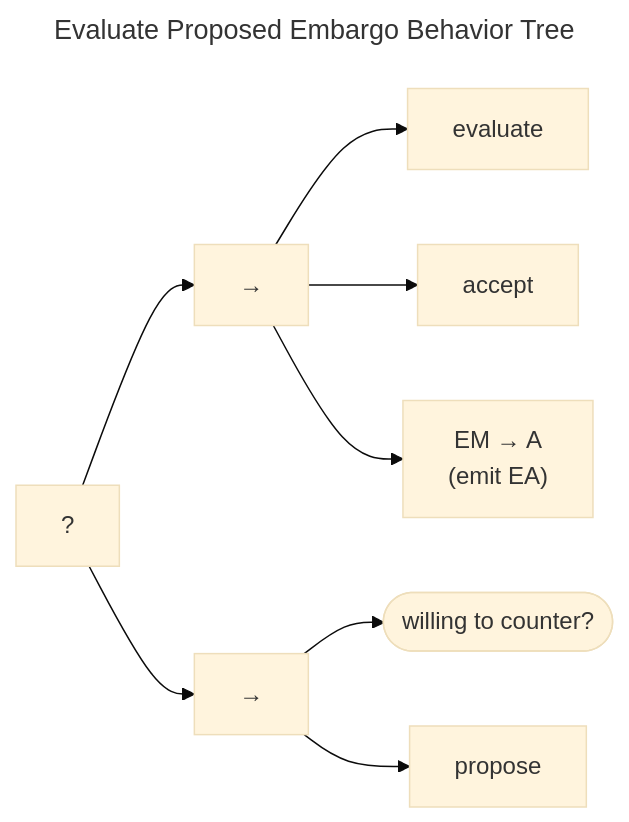
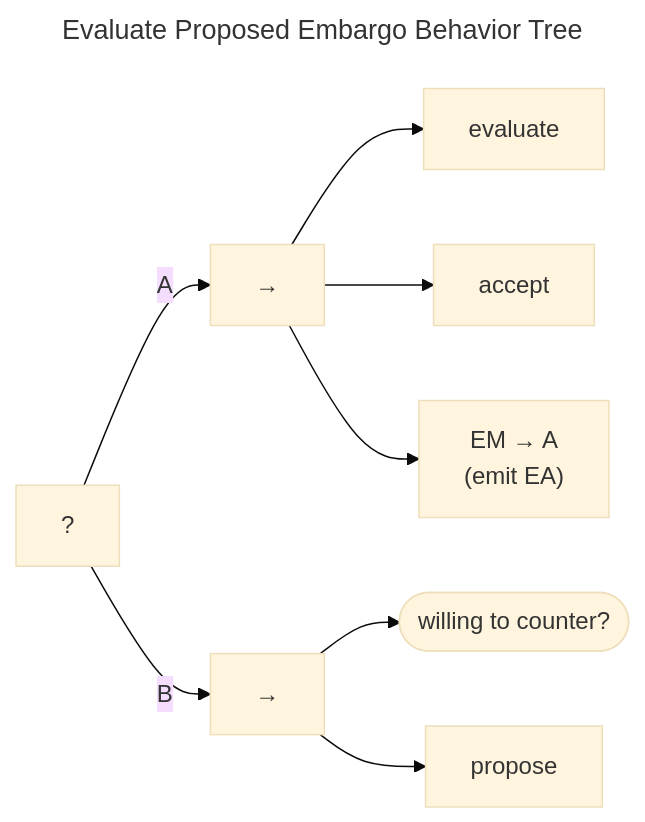
One commit to CERTCC/Vultron changed the diagram in docs/topics/behavior_logic/em_eval_bt.md. Above: the diagram before and after it, drawn with Mermaid (base theme). The commit also changed other lines of this file and 21 other files, not shown here.

````diff
--- a/docs/topics/behavior_logic/em_eval_bt.md
+++ b/docs/topics/behavior_logic/em_eval_bt.md
@@ -6,21 +6,21 @@
 ```mermaid
 ---
 title: Evaluate Proposed Embargo Behavior Tree
 ---
 flowchart LR
     fb[?]
     seq1["&rarr;"]
-    fb --> seq1
+    fb -->|A| seq1
     eval["evaluate"]
     seq1 --> eval
     accept["accept"]
     seq1 --> accept
     em_to_a["EM &rarr; A<br/>(emit EA)"]
     seq1 --> em_to_a
     seq2["&rarr;"]
-    fb --> seq2
+    fb -->|B| seq2
     will_counter(["willing to counter?"])
     seq2 --> will_counter
     propose["propose"]
     seq2 --> propose
 ```
````
